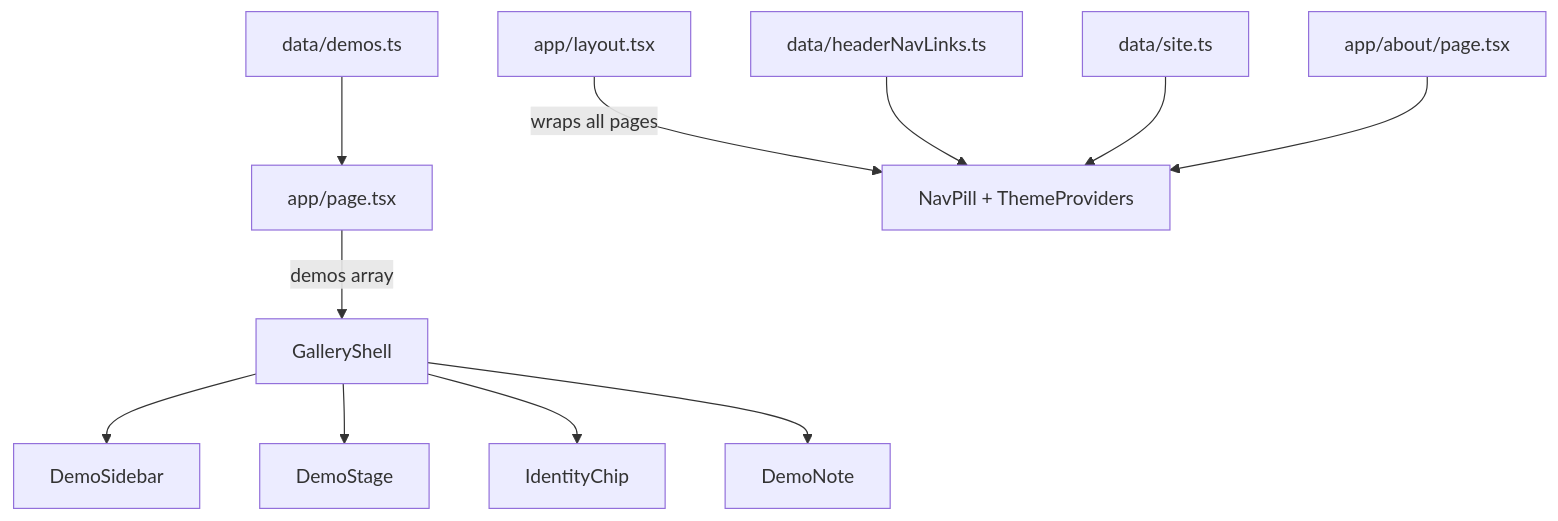
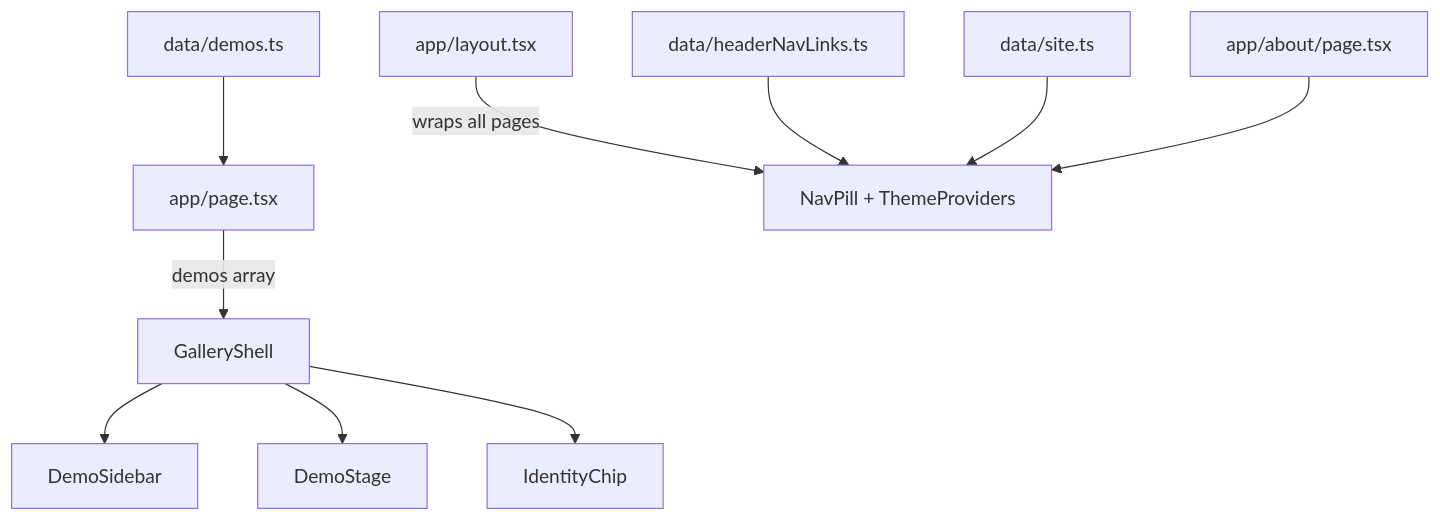
Before and after one commit to noowxela/portfolio: the diagram in docs/file-structure.md, drawn with Mermaid. The commit also changed other lines of this file and 9 other files, not shown here.

````diff
--- a/docs/file-structure.md
+++ b/docs/file-structure.md
@@ -27,13 +27,12 @@
 ```mermaid
 flowchart TD
   A[app/page.tsx] -->|demos array| B[GalleryShell]
   C[app/layout.tsx] -->|wraps all pages| D[NavPill + ThemeProviders]
   B --> E[DemoSidebar]
   B --> F[DemoStage]
   B --> G[IdentityChip]
-  B --> H[DemoNote]
   I[data/demos.ts] --> A
   J[data/headerNavLinks.ts] --> D
   K[data/site.ts] --> D
   L[app/about/page.tsx] --> D
 ```
````
